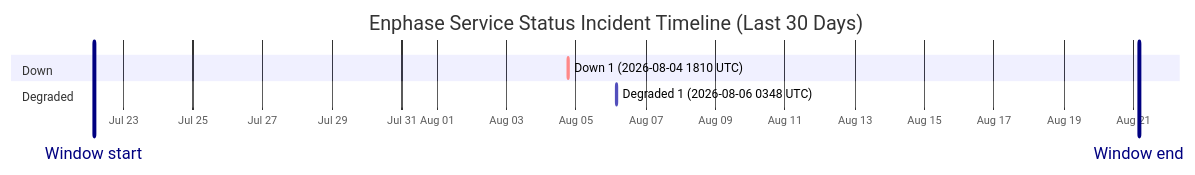
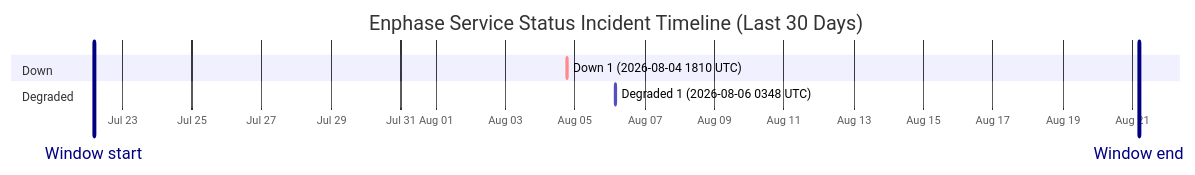
Before and after one commit to barneyonline/ha-enphase-energy: the diagram in wiki/Service-Status-History.md, drawn with Mermaid. The commit also changed other lines of this file and 3 other files, not shown here.

````diff
--- a/wiki/Service-Status-History.md
+++ b/wiki/Service-Status-History.md
@@ -14,12 +14,12 @@
 ```mermaid
 gantt
     title Enphase Service Status Incident Timeline (Last 30 Days)
     dateFormat  YYYY-MM-DDTHH:mm:ss
     axisFormat  %b %d
-    Window start :vert, window-start, 2026-07-22T03:48:41, 0ms
-    Window end :vert, window-end, 2026-08-21T03:48:41, 0ms
+    Window start :vert, window-start, 2026-07-22T04:35:40, 0ms
+    Window end :vert, window-end, 2026-08-21T04:35:40, 0ms
     section Down
     Down 1 (2026-08-04 1810 UTC) :crit, down-1, 2026-08-04T18:10:46, 60m
     section Degraded
     Degraded 1 (2026-08-06 0348 UTC) :active, degraded-1, 2026-08-06T03:48:14, 60m
 ```
````
